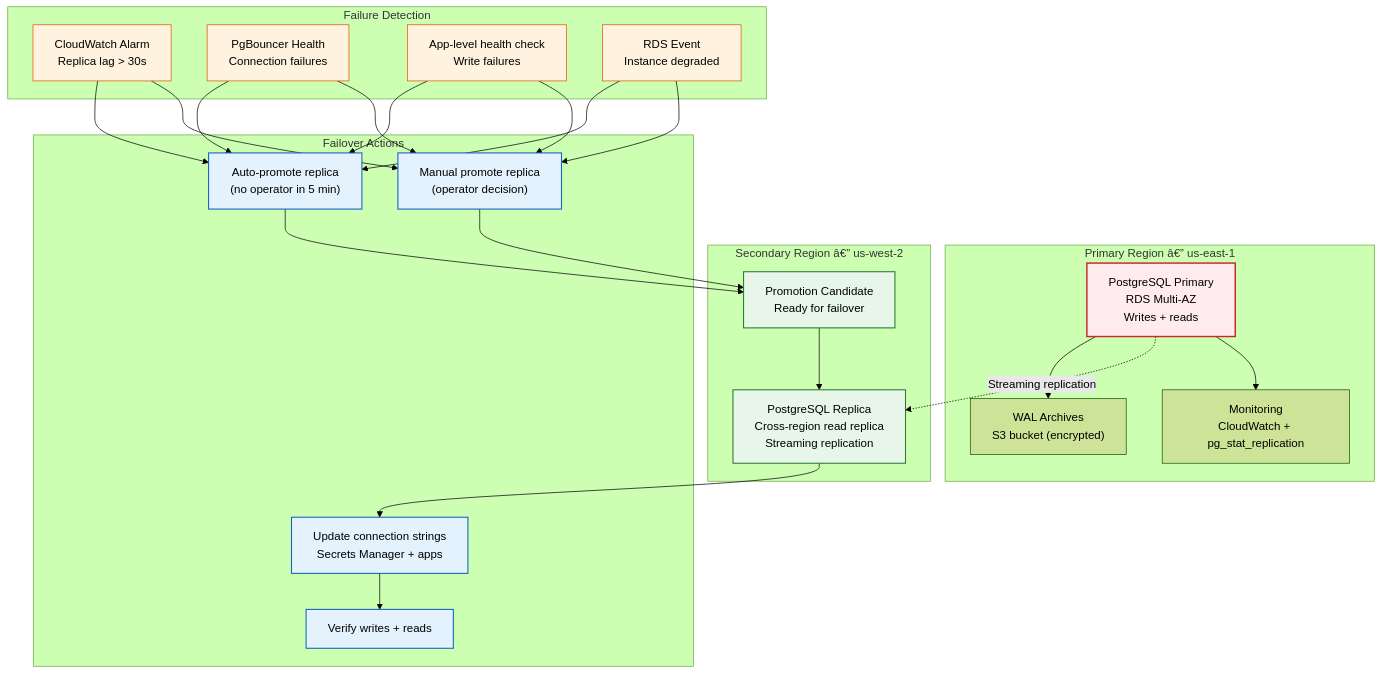
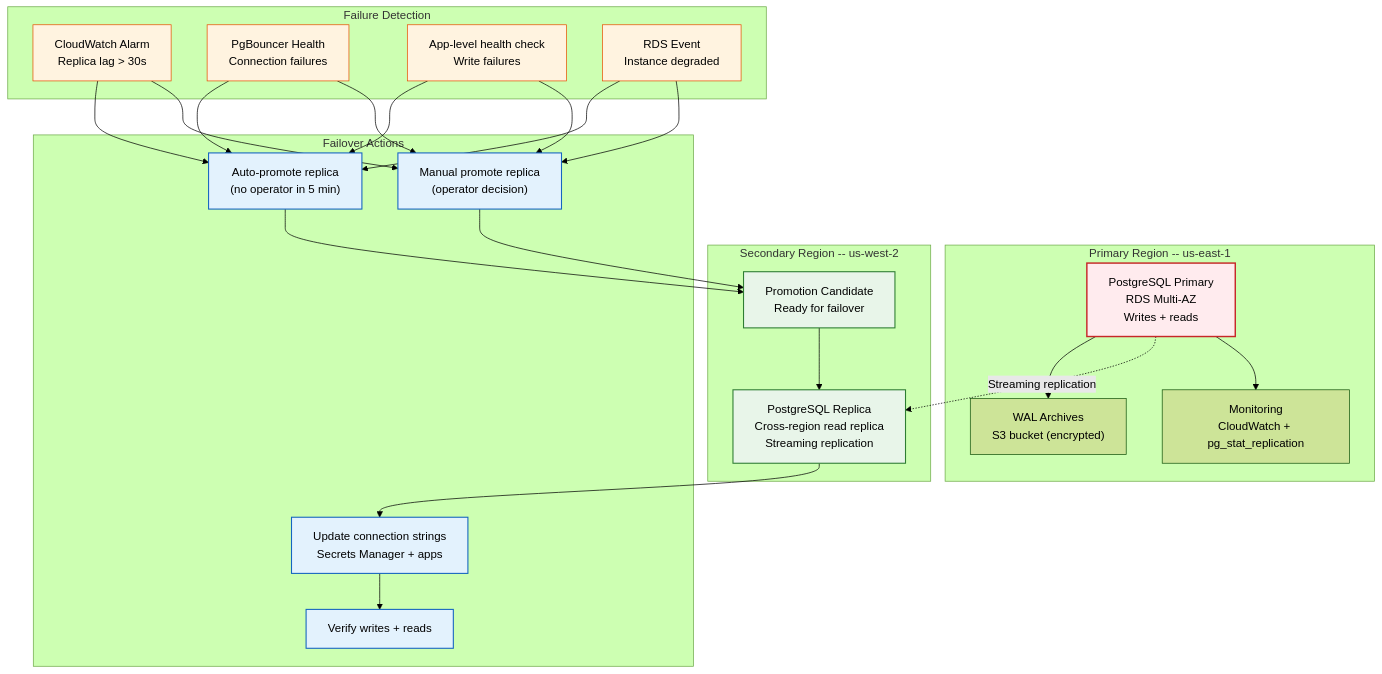
One commit to Driftloom/Vaeloom changed the diagram in Docs/Operations/Runbooks/DB-Failover.md. Above: the diagram before and after it, drawn with Mermaid (forest theme). The commit also changed other lines of this file and 16 other files, not shown here.

````diff
--- a/Docs/Operations/Runbooks/DB-Failover.md
+++ b/Docs/Operations/Runbooks/DB-Failover.md
@@ -18,44 +18,44 @@
 ```mermaid
 graph TD
     classDef primary fill:#ffebee,stroke:#c62828,color:#000,stroke-width:2px
     classDef replica fill:#e8f5e9,stroke:#2e7d32,color:#000,stroke-width:1.5px
     classDef action fill:#e3f2fd,stroke:#1565c0,color:#000,stroke-width:1.5px
     classDef monitor fill:#fff3e0,stroke:#e65100,color:#000,stroke-width:1px
 
-    subgraph PrimaryRegion["Primary Region â€” us-east-1"]
+    subgraph PrimaryRegion["Primary Region -- us-east-1"]
         PG1["PostgreSQL Primary<br/>RDS Multi-AZ<br/>Writes + reads"]
         WAL["WAL Archives<br/>S3 bucket (encrypted)"]
         MON["Monitoring<br/>CloudWatch + pg_stat_replication"]
     end
 
-    subgraph SecondaryRegion["Secondary Region â€” us-west-2"]
+    subgraph SecondaryRegion["Secondary Region -- us-west-2"]
         PG2["PostgreSQL Replica<br/>Cross-region read replica<br/>Streaming replication"]
         PROMO["Promotion Candidate<br/>Ready for failover"]
     end
 
     subgraph Detection["Failure Detection"]
         D1["CloudWatch Alarm<br/>Replica lag > 30s"]
         D2["PgBouncer Health<br/>Connection failures"]
         D3["App-level health check<br/>Write failures"]
         D4["RDS Event<br/>Instance degraded"]
     end
 
     subgraph Actions["Failover Actions"]
         A1["Auto-promote replica<br/>(no operator in 5 min)"]
         A2["Manual promote replica<br/>(operator decision)"]
         A3["Update connection strings<br/>Secrets Manager + apps"]
         A4["Verify writes + reads"]
     end
 
     PG1 --> WAL
     PG1 -.->|Streaming replication| PG2
     PG1 --> MON
     D1 & D2 & D3 & D4 --> A1 & A2
     A1 & A2 --> PROMO --> PG2
     PG2 --> A3 --> A4
 
     class PG1 primary
     class PG2,PROMO replica
     class A1,A2,A3,A4 action
     class D1,D2,D3,D4 monitor
 ```
````
